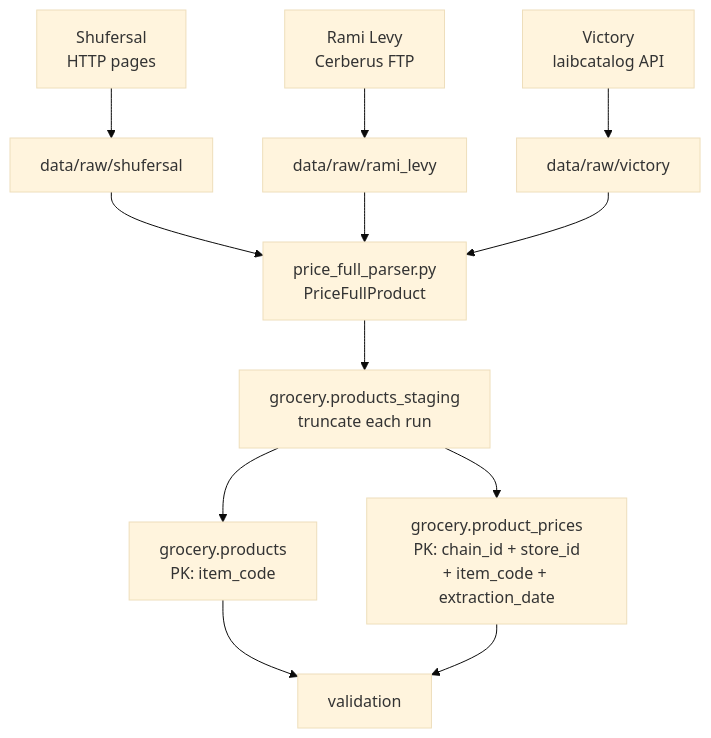
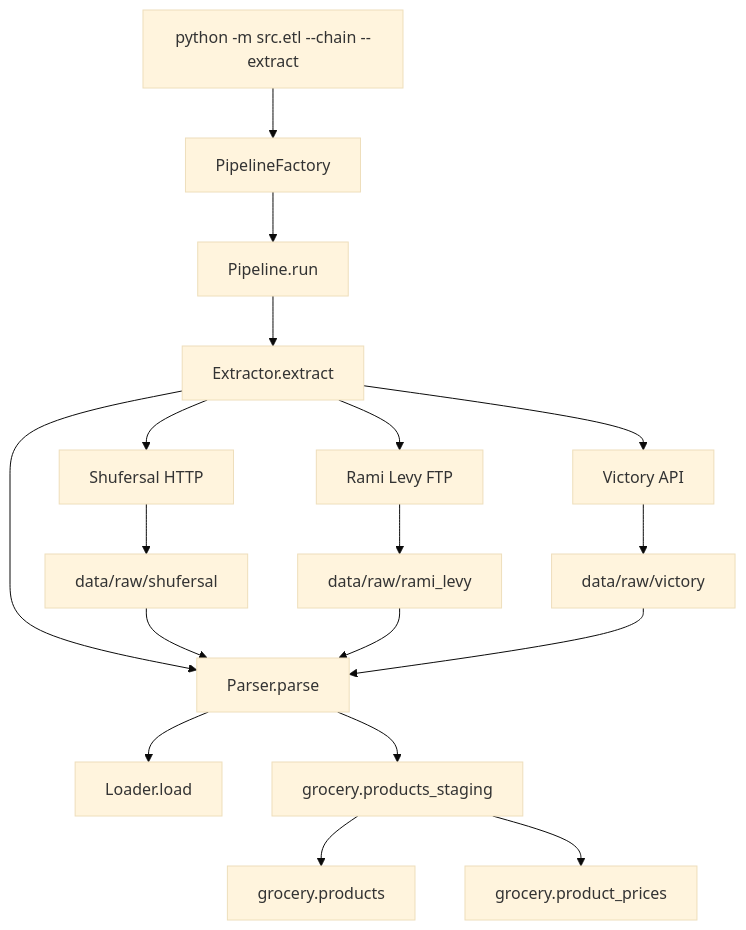
Before and after one commit to lizabguercho/smart-grocery-platform: the diagram in docs/etl_pipeline.md, drawn with Mermaid (base theme). The commit also changed other lines of this file and 44 other files, not shown here.

First line of the commit message:
refactor: replaced per-chain ETL scripts with a unified `python -m src.etl` Pipeline

````diff
--- a/docs/etl_pipeline.md
+++ b/docs/etl_pipeline.md
@@ -63,16 +100,24 @@
 ```mermaid
 flowchart TD
-    S[Shufersal<br/>HTTP pages] --> RS[data/raw/shufersal]
-    R[Rami Levy<br/>Cerberus FTP] --> RR[data/raw/rami_levy]
-    V[Victory<br/>laibcatalog API] --> RV[data/raw/victory]
+    CLI["python -m src.etl --chain --extract"] --> Factory[PipelineFactory]
+    Factory --> Pipeline[Pipeline.run]
+    Pipeline --> Extract[Extractor.extract]
+    Extract --> Parse[Parser.parse]
+    Parse --> Load[Loader.load]
 
-    RS --> P[price_full_parser.py<br/>PriceFullProduct]
-    RR --> P
-    RV --> P
+    Extract --> S[Shufersal HTTP]
+    Extract --> R[Rami Levy FTP]
+    Extract --> V[Victory API]
 
-    P --> ST[grocery.products_staging<br/>truncate each run]
-    ST --> PR[grocery.products<br/>PK: item_code]
-    ST --> PP[grocery.product_prices<br/>PK: chain_id + store_id<br/>+ item_code + extraction_date]
-    PR --> VAL[validation]
-    PP --> VAL
+    S --> RS[data/raw/shufersal]
+    R --> RR[data/raw/rami_levy]
+    V --> RV[data/raw/victory]
+
+    RS --> Parse
+    RR --> Parse
+    RV --> Parse
+
+    Parse --> ST[grocery.products_staging]
+    ST --> PR[grocery.products]
+    ST --> PP[grocery.product_prices]
 ```
````
